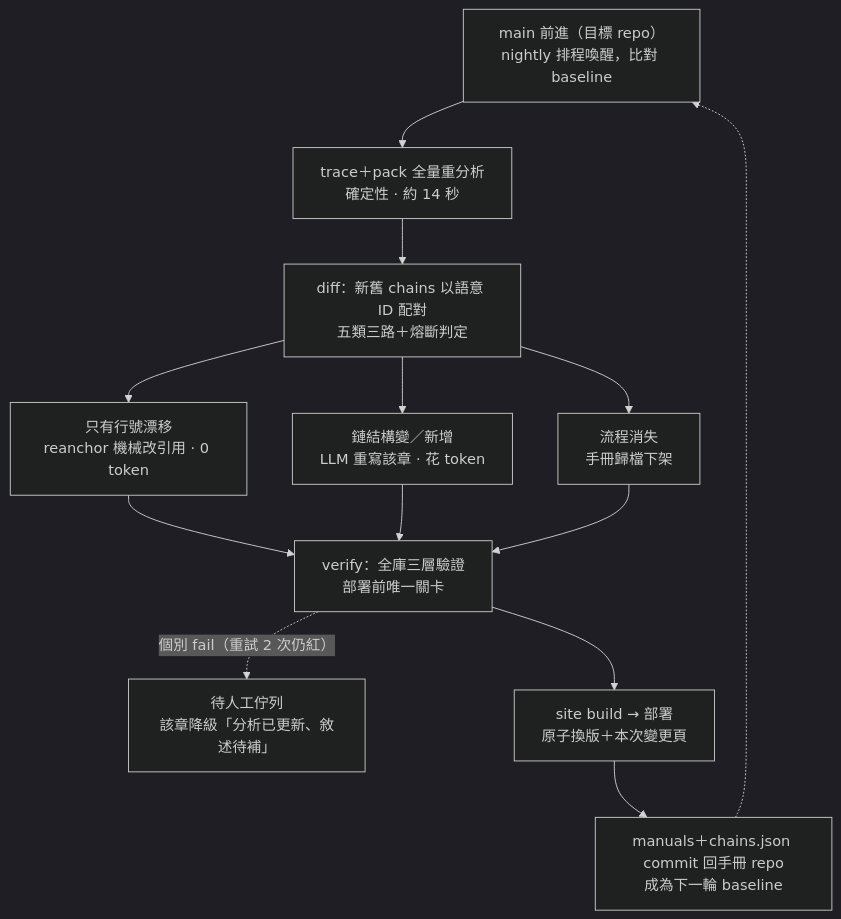
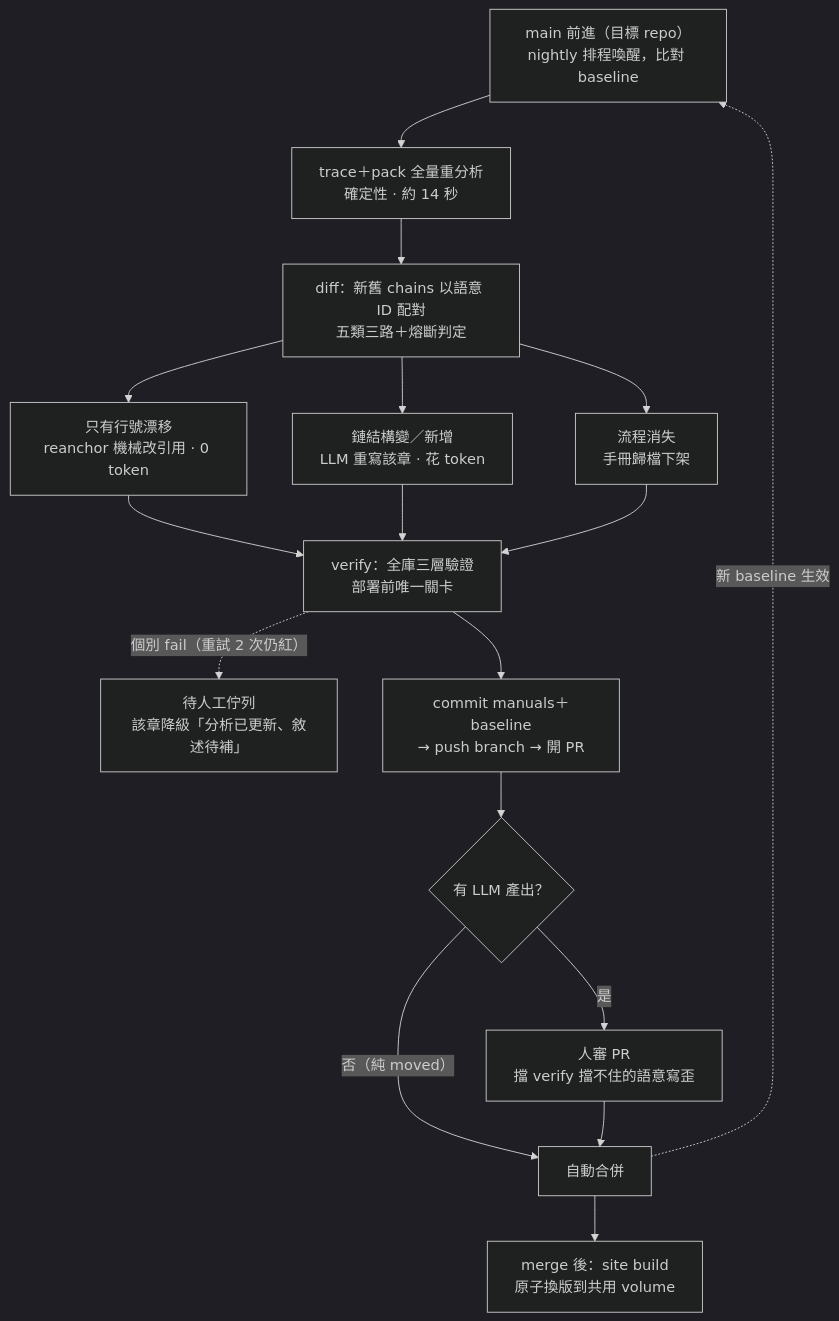
Before and after one commit to james-0512/flow-doc: the diagram in LOOP.md, drawn with Mermaid (dark theme). The commit also changed other lines of this file, not shown here.

````diff
--- a/LOOP.md
+++ b/LOOP.md
@@ -12,15 +12,19 @@
 ```mermaid
 flowchart TD
     T["main 前進（目標 repo）<br>nightly 排程喚醒，比對 baseline"] --> A["trace＋pack 全量重分析<br>確定性 · 約 14 秒"]
     A --> D["diff：新舊 chains 以語意 ID 配對<br>五類三路＋熔斷判定"]
     D --> M["只有行號漂移<br>reanchor 機械改引用 · 0 token"]
     D --> C["鏈結構變／新增<br>LLM 重寫該章 · 花 token"]
     D --> R["流程消失<br>手冊歸檔下架"]
     M --> V["verify：全庫三層驗證<br>部署前唯一關卡"]
     C --> V
     R --> V
     V -.->|"個別 fail（重試 2 次仍紅）"| Q["待人工佇列<br>該章降級「分析已更新、敘述待補」"]
-    V --> S["site build → 部署<br>原子換版＋本次變更頁"]
-    S --> B["manuals＋chains.json commit 回手冊 repo<br>成為下一輪 baseline"]
-    B -.-> T
+    V --> B["commit manuals＋baseline<br>→ push branch → 開 PR"]
+    B --> H{"有 LLM 產出？"}
+    H -->|"否（純 moved）"| MG["自動合併"]
+    H -->|"是"| PR["人審 PR<br>擋 verify 擋不住的語意寫歪"]
+    PR --> MG
+    MG --> S["merge 後：site build<br>原子換版到共用 volume"]
+    MG -.->|"新 baseline 生效"| T
 ```
````
